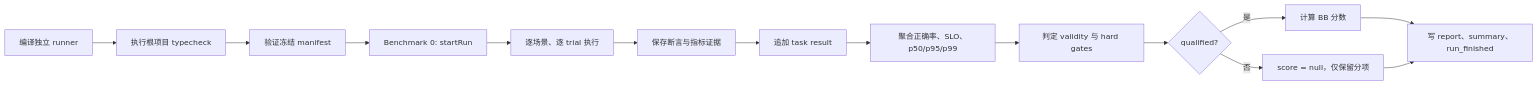
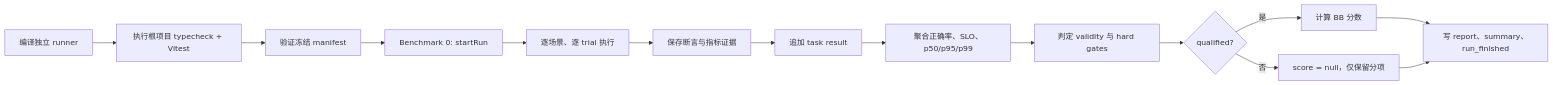
Before and after one commit to ReadNULL/Bumblebee: the diagram in benchmark/benchmark_1_bumblebee_bench/README.md, drawn with Mermaid. The commit also changed other lines of this file and 39 other files, not shown here.

````diff
--- a/benchmark/benchmark_1_bumblebee_bench/README.md
+++ b/benchmark/benchmark_1_bumblebee_bench/README.md
@@ -49,16 +49,16 @@
 ```mermaid
 flowchart LR
-  Build["编译独立 runner"] --> Preflight["执行根项目 typecheck"]
+  Build["编译独立 runner"] --> Preflight["执行根项目 typecheck + Vitest"]
   Preflight --> Manifest["验证冻结 manifest"]
   Manifest --> Start["Benchmark 0: startRun"]
   Start --> Scenario["逐场景、逐 trial 执行"]
   Scenario --> Evidence["保存断言与指标证据"]
   Evidence --> Task["追加 task result"]
   Task --> Aggregate["聚合正确率、SLO、p50/p95/p99"]
   Aggregate --> Gate["判定 validity 与 hard gates"]
   Gate --> Score{"qualified?"}
   Score -->|是| BB["计算 BB 分数"]
   Score -->|否| Raw["score = null，仅保留分项"]
   BB --> Finish["写 report、summary、run_finished"]
   Raw --> Finish
 ```
````
